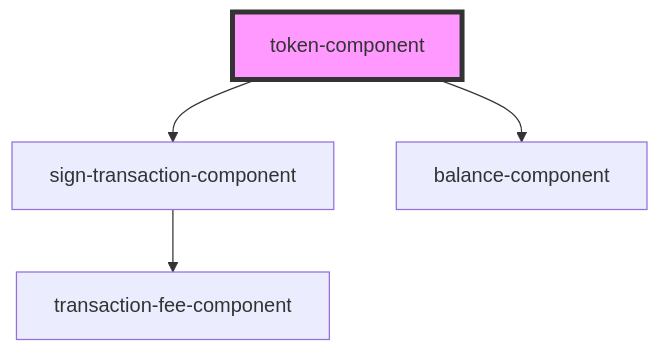
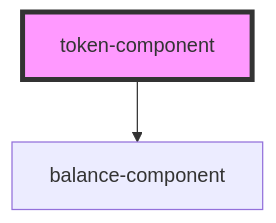
The diagram in src/components/functional/sign-transactions-panel/components/token-component/readme.md (multiversx/mx-sdk-dapp-ui), drawn with Mermaid before and after one commit. The commit also changed other lines of this file and 13 other files, not shown here.

````diff
--- a/src/components/functional/sign-transactions-panel/components/token-component/readme.md
+++ b/src/components/functional/sign-transactions-panel/components/token-component/readme.md
@@ -16,7 +15,5 @@
 ```mermaid
 graph TD;
-  token-component --> sign-transaction-component
   token-component --> balance-component
-  sign-transaction-component --> transaction-fee-component
   style token-component fill:#f9f,stroke:#333,stroke-width:4px
 ```
````
